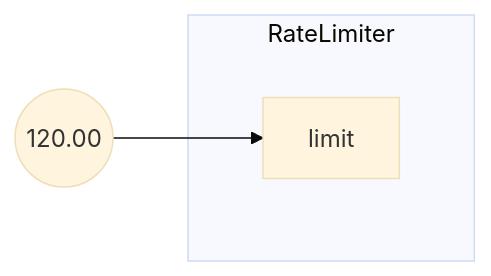
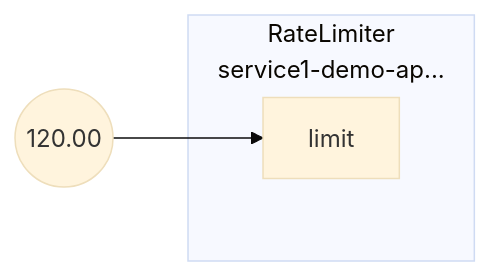
One commit to dataongunlaws/aperture changed the diagram in docs/content/tutorials/integrations/flow-control/rate-limiting/assets/static-rate-limiting/static-rate-limiting.mmd. Above: the diagram before and after it, drawn with Mermaid (base theme). The commit also changed 262 other files, not shown here.

```diff
--- a/docs/content/tutorials/integrations/flow-control/rate-limiting/assets/static-rate-limiting/static-rate-limiting.mmd
+++ b/docs/content/tutorials/integrations/flow-control/rate-limiting/assets/static-rate-limiting/static-rate-limiting.mmd
@@ -1,9 +1,9 @@
 flowchart LR
-subgraph 0[RateLimiter]
-subgraph 0_inports[ ]
-style 0_inports fill:none,stroke:none
-0limit[limit]
+subgraph root.0[<center>RateLimiter<br/>service1-demo-ap...</center>]
+subgraph root.0_inports[ ]
+style root.0_inports fill:none,stroke:none
+root.0limit[limit]
 end
 end
 FakeConstant0((120.00))
-FakeConstant0 --> 0limit
+FakeConstant0 --> root.0limit
```
